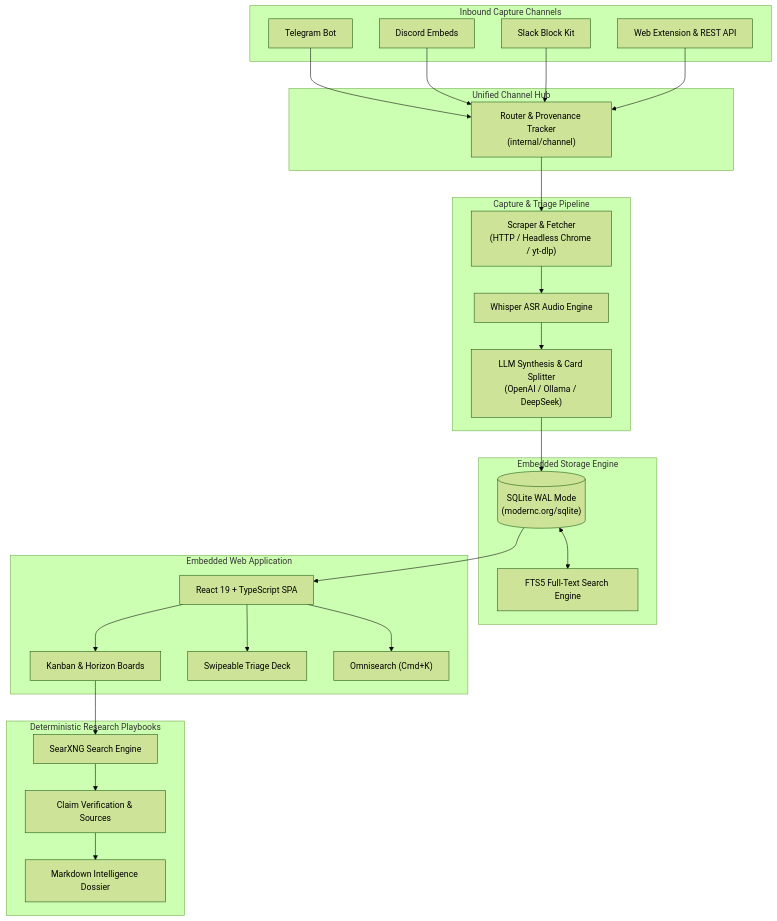
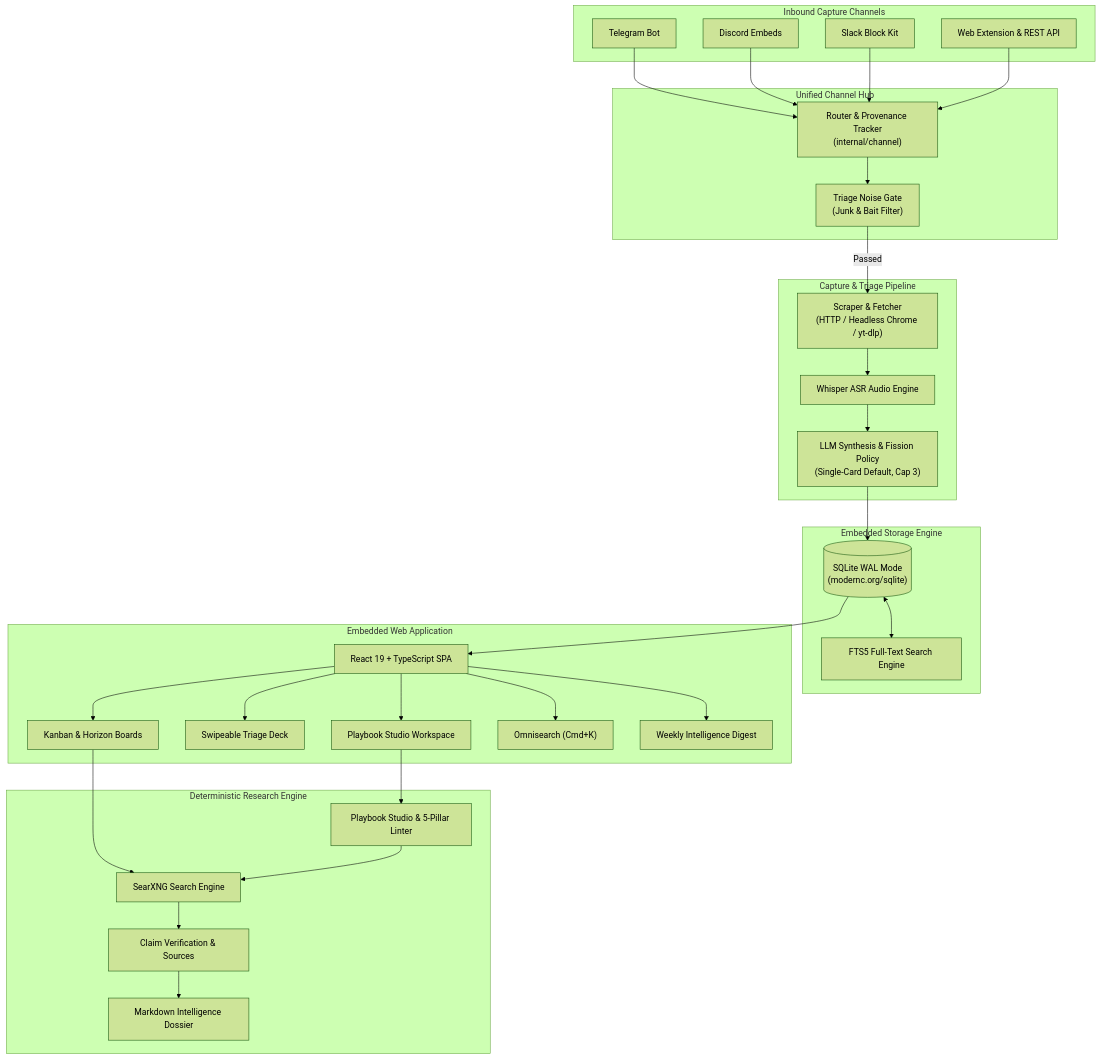
The second of 3 diagrams in README.md (BurlacuAndrei/sparkkeep), drawn with Mermaid (forest theme) before and after one commit. The commit also changed other lines of this file and 10 other files, not shown here.

Commit message:
docs(readme): update README with Playbook Studio, noise gate, subject cards, and fresh screenshots

````diff
--- a/README.md
+++ b/README.md
@@ -160,55 +168,64 @@
 ```mermaid
 flowchart TD
     subgraph Inputs ["Inbound Capture Channels"]
         TG["Telegram Bot"]
         DC["Discord Embeds"]
         SL["Slack Block Kit"]
         WB["Web Extension & REST API"]
     end
 
     subgraph Hub ["Unified Channel Hub"]
         ROUTER["Router & Provenance Tracker<br/>(internal/channel)"]
+        GATE["Triage Noise Gate<br/>(Junk & Bait Filter)"]
     end
 
     subgraph Pipeline ["Capture & Triage Pipeline"]
         SCRAPE["Scraper & Fetcher<br/>(HTTP / Headless Chrome / yt-dlp)"]
         ASR["Whisper ASR Audio Engine"]
-        LLM["LLM Synthesis & Card Splitter<br/>(OpenAI / Ollama / DeepSeek)"]
+        LLM["LLM Synthesis & Fission Policy<br/>(Single-Card Default, Cap 3)"]
     end
 
     subgraph Store ["Embedded Storage Engine"]
         SQLITE[("SQLite WAL Mode<br/>(modernc.org/sqlite)")]
         FTS["FTS5 Full-Text Search Engine"]
     end
 
     subgraph UI ["Embedded Web Application"]
         REACT["React 19 + TypeScript SPA"]
         KANBAN["Kanban & Horizon Boards"]
         TRIAGE["Swipeable Triage Deck"]
+        STUDIO["Playbook Studio Workspace"]
         SEARCH["Omnisearch (Cmd+K)"]
+        DIGEST["Weekly Intelligence Digest"]
     end
 
-    subgraph Research ["Deterministic Research Playbooks"]
+    subgraph Research ["Deterministic Research Engine"]
+        PLAYBOOKS["Playbook Studio & 5-Pillar Linter"]
         SEARX["SearXNG Search Engine"]
         VERIFY["Claim Verification & Sources"]
         REPORT["Markdown Intelligence Dossier"]
     end
 
     TG --> ROUTER
     DC --> ROUTER
     SL --> ROUTER
     WB --> ROUTER
 
-    ROUTER --> SCRAPE
+    ROUTER --> GATE
+    GATE -->|Passed| SCRAPE
     SCRAPE --> ASR
     ASR --> LLM
     LLM --> SQLITE
     SQLITE <--> FTS
     SQLITE --> REACT
     REACT --> KANBAN
     REACT --> TRIAGE
+    REACT --> STUDIO
     REACT --> SEARCH
+    REACT --> DIGEST
+    STUDIO --> PLAYBOOKS
     KANBAN --> SEARX
+    PLAYBOOKS --> SEARX
     SEARX --> VERIFY
     VERIFY --> REPORT
 ```
````
